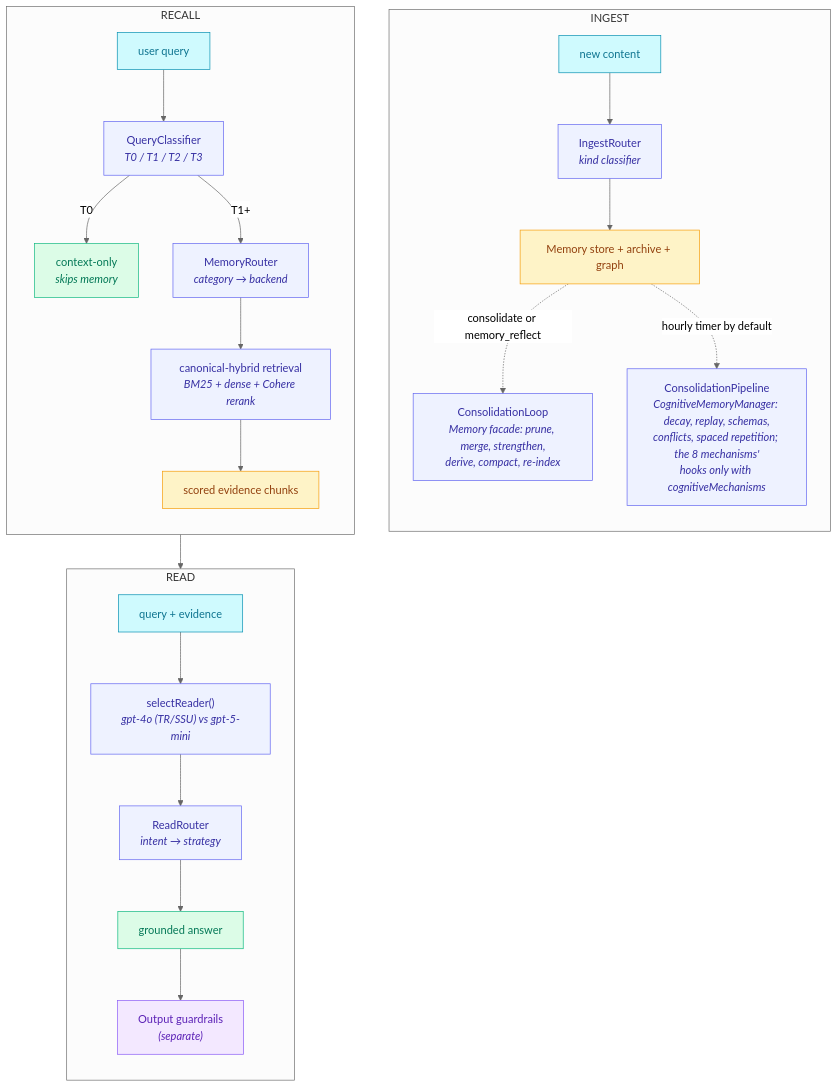
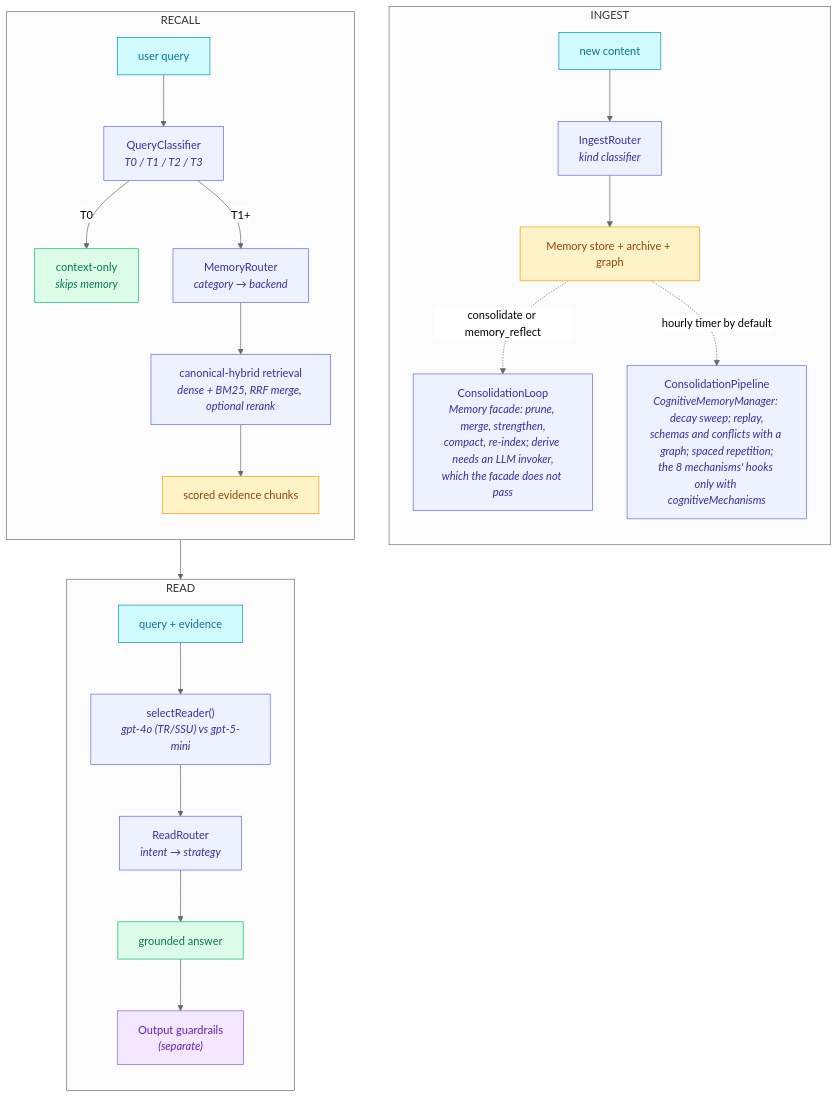
Before and after one commit to framerslab/agentos: the diagram in docs/MEMORY_SYSTEM_OVERVIEW.md, drawn with Mermaid (neutral theme). The commit also changed 1 other file, not shown here.

Commit message:
docs: the memory flow's consolidation and retrieval labels, and the extension count
The end-to-end flow listed derive among the Memory facade's consolidation
steps; the facade builds ConsolidationLoop with no LLM invoker, so derive
does not run there. The CognitiveMemoryManager node now says that replay,
schema integration and conflict resolution need a graph, and the retrieval
node names the reranker as optional, as HybridRetriever runs it only when
one is passed.

ARCHITECTURE.md counted 110 extension manifests; agentos-extensions holds
more than that now, so the line says more than 100, as the layer list does.

````diff
--- a/docs/MEMORY_SYSTEM_OVERVIEW.md
+++ b/docs/MEMORY_SYSTEM_OVERVIEW.md
@@ -181,46 +181,46 @@
 ```mermaid
 flowchart TB
     subgraph ingest["INGEST"]
         direction TB
         I1["new content"]:::input
         I2["IngestRouter<br/><i>kind classifier</i>"]:::process
         I3["Memory store + archive + graph"]:::data
-        I4["ConsolidationLoop<br/><i>Memory facade: prune, merge, strengthen,<br/>derive, compact, re-index</i>"]:::process
-        I5["ConsolidationPipeline<br/><i>CognitiveMemoryManager: decay, replay, schemas,<br/>conflicts, spaced repetition; the 8 mechanisms'<br/>hooks only with cognitiveMechanisms</i>"]:::process
+        I4["ConsolidationLoop<br/><i>Memory facade: prune, merge, strengthen,<br/>compact, re-index; derive needs an LLM invoker,<br/>which the facade does not pass</i>"]:::process
+        I5["ConsolidationPipeline<br/><i>CognitiveMemoryManager: decay sweep; replay,<br/>schemas and conflicts with a graph; spaced repetition;<br/>the 8 mechanisms' hooks only with cognitiveMechanisms</i>"]:::process
         I1 --> I2 --> I3
         I3 -. consolidate or memory_reflect .-> I4
         I3 -. hourly timer by default .-> I5
     end
 
     subgraph recall["RECALL"]
         direction TB
         R1["user query"]:::input
         R2["QueryClassifier<br/><i>T0 / T1 / T2 / T3</i>"]:::process
         R3["context-only<br/><i>skips memory</i>"]:::output
         R4["MemoryRouter<br/><i>category → backend</i>"]:::process
-        R5["canonical-hybrid retrieval<br/><i>BM25 + dense + Cohere rerank</i>"]:::process
+        R5["canonical-hybrid retrieval<br/><i>dense + BM25, RRF merge, optional rerank</i>"]:::process
         R6["scored evidence chunks"]:::data
         R1 --> R2
         R2 -- T0 --> R3
         R2 -- T1+ --> R4
         R4 --> R5 --> R6
     end
 
     subgraph read["READ"]
         direction TB
         D1["query + evidence"]:::input
         D2["selectReader()<br/><i>gpt-4o (TR/SSU) vs gpt-5-mini</i>"]:::process
         D3["ReadRouter<br/><i>intent → strategy</i>"]:::process
         D4["grounded answer"]:::output
         D5["Output guardrails<br/><i>(separate)</i>"]:::external
         D1 --> D2 --> D3 --> D4 --> D5
     end
 
     R6 --> D1
 
     classDef input fill:#cffafe,stroke:#0891b2,color:#0e7490
     classDef process fill:#eef2ff,stroke:#6366f1,color:#3730a3
     classDef data fill:#fef3c7,stroke:#f59e0b,color:#92400e
     classDef output fill:#dcfce7,stroke:#10b981,color:#047857
     classDef external fill:#f3e8ff,stroke:#8b5cf6,color:#5b21b6
 ```
````
